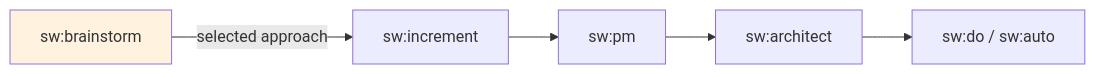
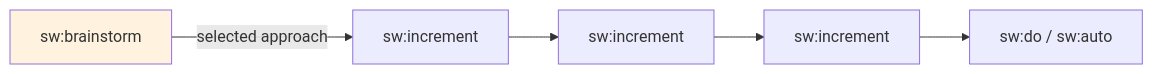
One commit to anton-abyzov/specweave changed the second of 2 diagrams in docs-site/docs/guides/brainstorming.md. Above: the diagram before and after it, drawn with Mermaid. The commit also changed other lines of this file and 168 other files, not shown here.

````diff
--- a/docs-site/docs/guides/brainstorming.md
+++ b/docs-site/docs/guides/brainstorming.md
@@ -299,9 +299,9 @@
 ```mermaid
 graph LR
     A["sw:brainstorm"] -->|selected approach| B["sw:increment"]
-    B --> C["sw:pm"]
-    C --> D["sw:architect"]
+    B --> C["sw:increment"]
+    C --> D["sw:increment"]
     D --> E["sw:do / sw:auto"]
 
     style A fill:#fff3e0
 ```
````
